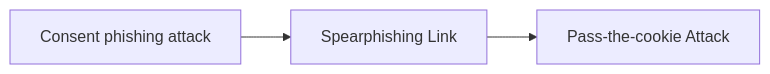
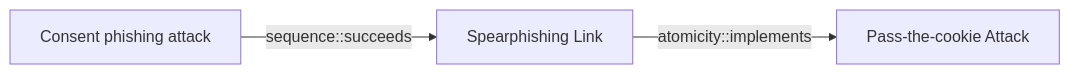
One commit to opentidehq/library changed the diagram in docs/threats/consent-phishing-attack.md. Above: the diagram before and after it, drawn with Mermaid. The commit also changed other lines of this file and 277 other files, not shown here.

````diff
--- a/docs/threats/consent-phishing-attack.md
+++ b/docs/threats/consent-phishing-attack.md
@@ -81,8 +119,8 @@
 ```mermaid
 flowchart LR
 518ff777_f10d_4201_9e54_2779c31c512e["Consent phishing attack"]
 1a68b5eb_0112_424d_a21f_88dda0b6b8df["Spearphishing Link"]
 b0d6bf74_b204_4a48_9509_4499ed795771["Pass-the-cookie Attack"]
-518ff777_f10d_4201_9e54_2779c31c512e --> 1a68b5eb_0112_424d_a21f_88dda0b6b8df
-1a68b5eb_0112_424d_a21f_88dda0b6b8df --> b0d6bf74_b204_4a48_9509_4499ed795771
+518ff777_f10d_4201_9e54_2779c31c512e -->|sequence::succeeds| 1a68b5eb_0112_424d_a21f_88dda0b6b8df
+1a68b5eb_0112_424d_a21f_88dda0b6b8df -->|atomicity::implements| b0d6bf74_b204_4a48_9509_4499ed795771
 ```
````
